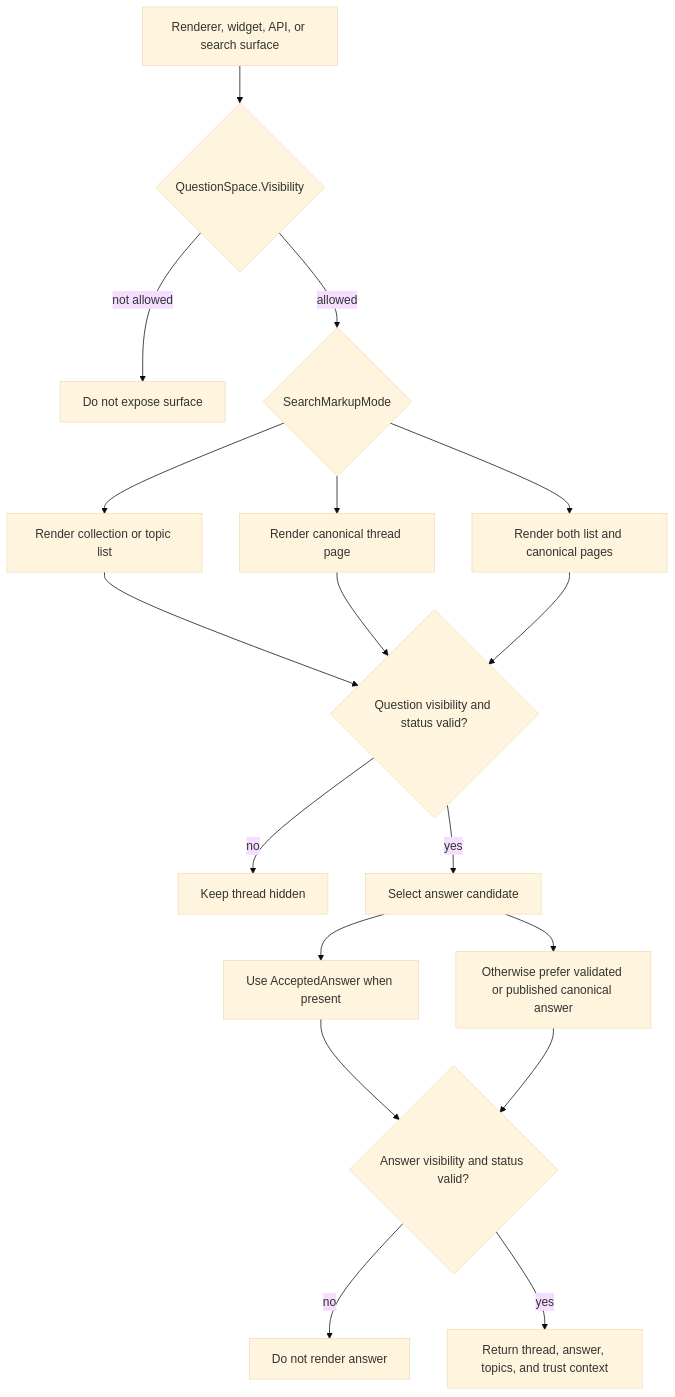
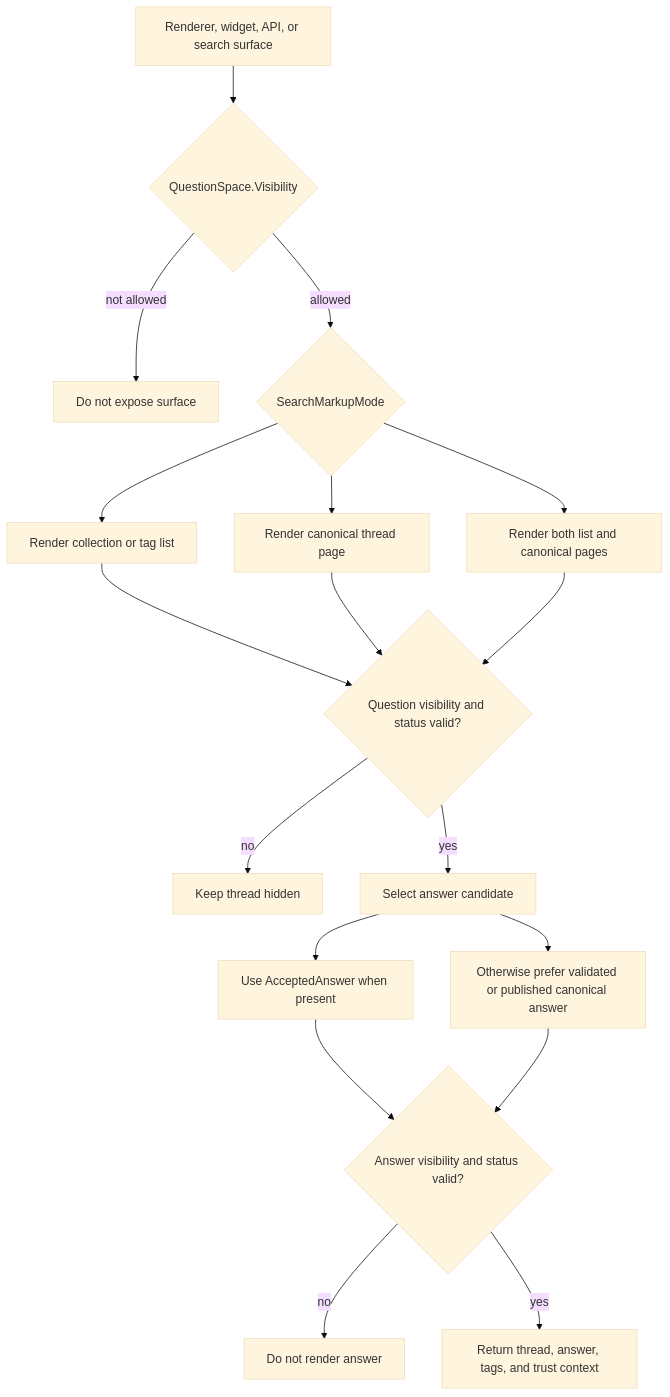
The diagram in dotnet/BaseFaq.Sample.Features.NewQaModel/Flows/07-discovery-and-consumption.md (marcosrioj/querify), drawn with Mermaid (base theme) before and after one commit. The commit also changed other lines of this file and 145 other files, not shown here.

Commit message:
Rename QnA topics to tags

````diff
--- a/dotnet/BaseFaq.Sample.Features.NewQaModel/Flows/07-discovery-and-consumption.md
+++ b/dotnet/BaseFaq.Sample.Features.NewQaModel/Flows/07-discovery-and-consumption.md
@@ -7,20 +7,20 @@
 ```mermaid
 flowchart TD
     Request[Renderer, widget, API, or search surface] --> SpaceGate{QuestionSpace.Visibility}
     SpaceGate -->|not allowed| Stop[Do not expose surface]
     SpaceGate -->|allowed| Markup{SearchMarkupMode}
-    Markup --> CuratedList[Render collection or topic list]
+    Markup --> CuratedList[Render collection or tag list]
     Markup --> QuestionPage[Render canonical thread page]
     Markup --> Hybrid[Render both list and canonical pages]
     CuratedList --> Filter
     QuestionPage --> Filter
     Hybrid --> Filter
     Filter{Question visibility and status valid?} -->|no| Hide[Keep thread hidden]
     Filter -->|yes| Pick[Select answer candidate]
     Pick --> Accepted[Use AcceptedAnswer when present]
     Pick --> Fallback[Otherwise prefer validated or published canonical answer]
     Accepted --> AnswerGate
     Fallback --> AnswerGate
     AnswerGate{Answer visibility and status valid?} -->|no| HideAnswer[Do not render answer]
-    AnswerGate -->|yes| Experience[Return thread, answer, topics, and trust context]
+    AnswerGate -->|yes| Experience[Return thread, answer, tags, and trust context]
 ```
````
